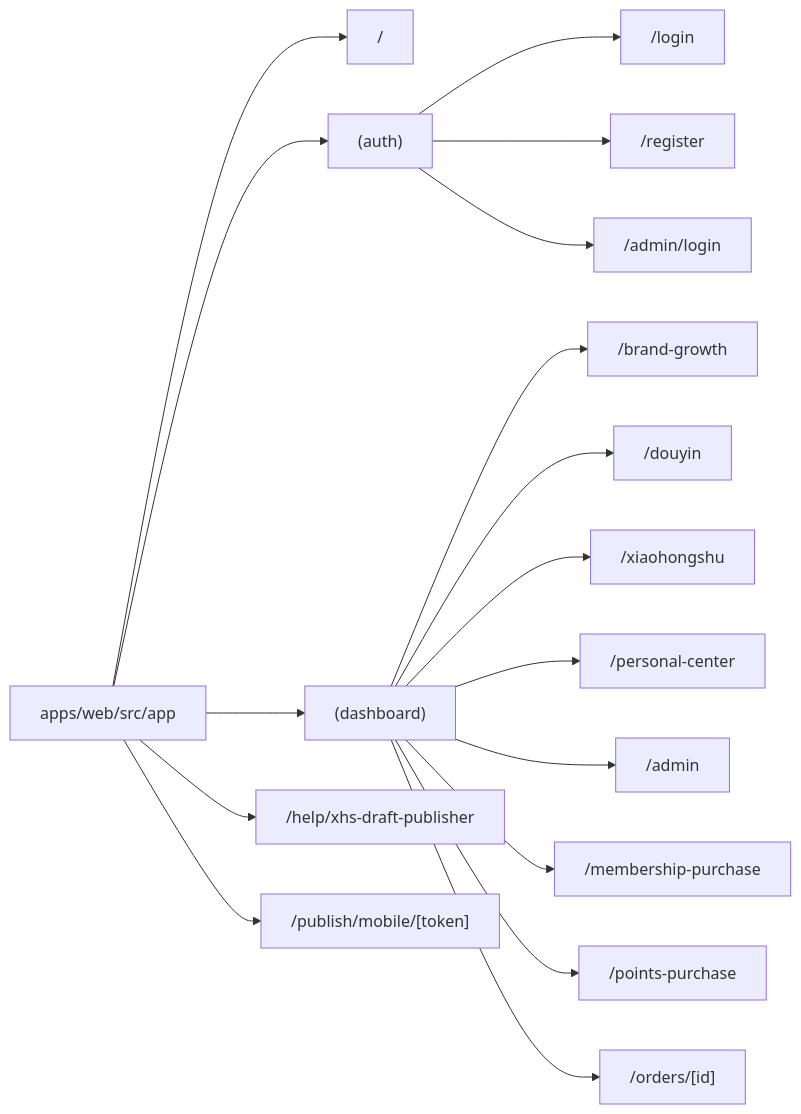
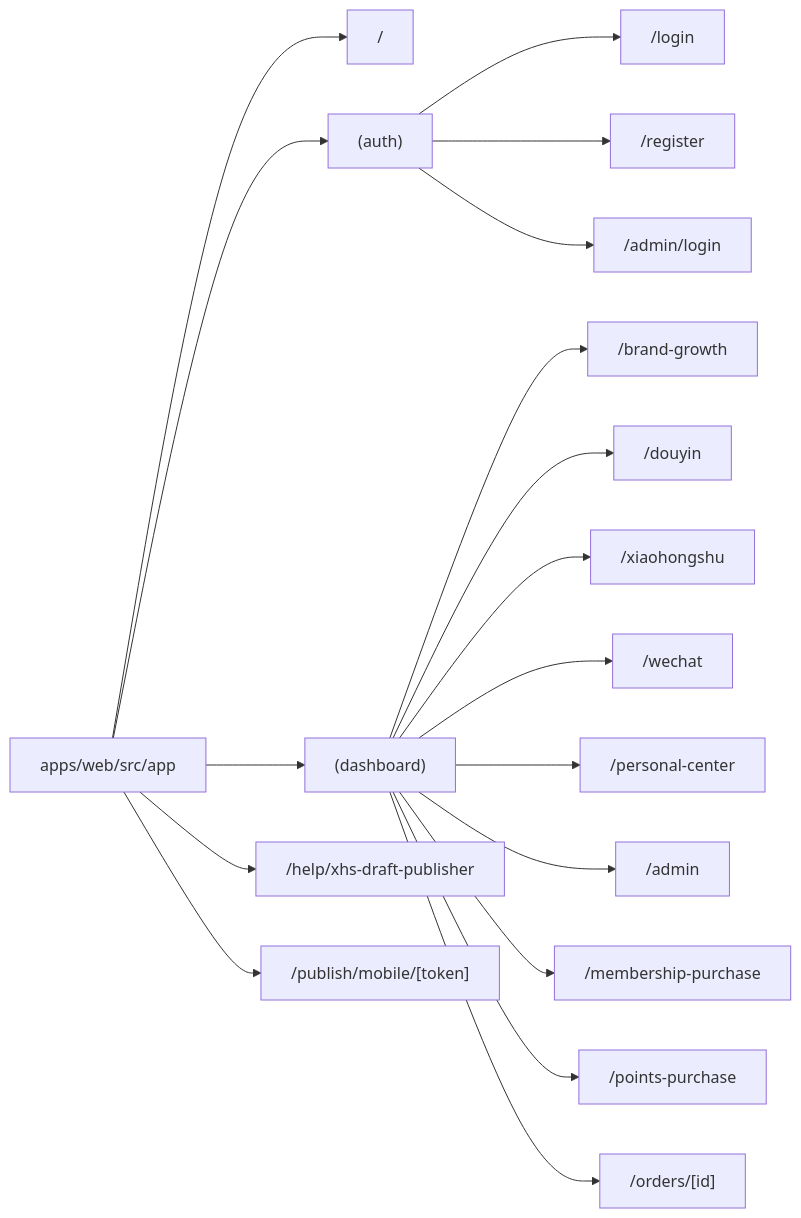
Before and after one commit to Depthukesh/ai-omni-ops-system: the second of 13 diagrams in docs/site-map-mermaid.md, drawn with Mermaid. The commit also changed other lines of this file and 8 other files, not shown here.

````diff
--- a/docs/site-map-mermaid.md
+++ b/docs/site-map-mermaid.md
@@ -94,23 +95,24 @@
 ```mermaid
 flowchart LR
     Root["apps/web/src/app"]
 
     Root --> Home["/"]
     Root --> Auth["(auth)"]
     Root --> Dash["(dashboard)"]
     Root --> Help["/help/xhs-draft-publisher"]
     Root --> Publish["/publish/mobile/[token]"]
 
     Auth --> Login["/login"]
     Auth --> Register["/register"]
     Auth --> AdminLogin["/admin/login"]
 
     Dash --> BrandGrowth["/brand-growth"]
     Dash --> Douyin["/douyin"]
     Dash --> Xiaohongshu["/xiaohongshu"]
+    Dash --> Wechat["/wechat"]
     Dash --> Personal["/personal-center"]
     Dash --> Admin["/admin"]
     Dash --> Membership["/membership-purchase"]
     Dash --> Points["/points-purchase"]
     Dash --> OrderDetail["/orders/[id]"]
 ```
````
